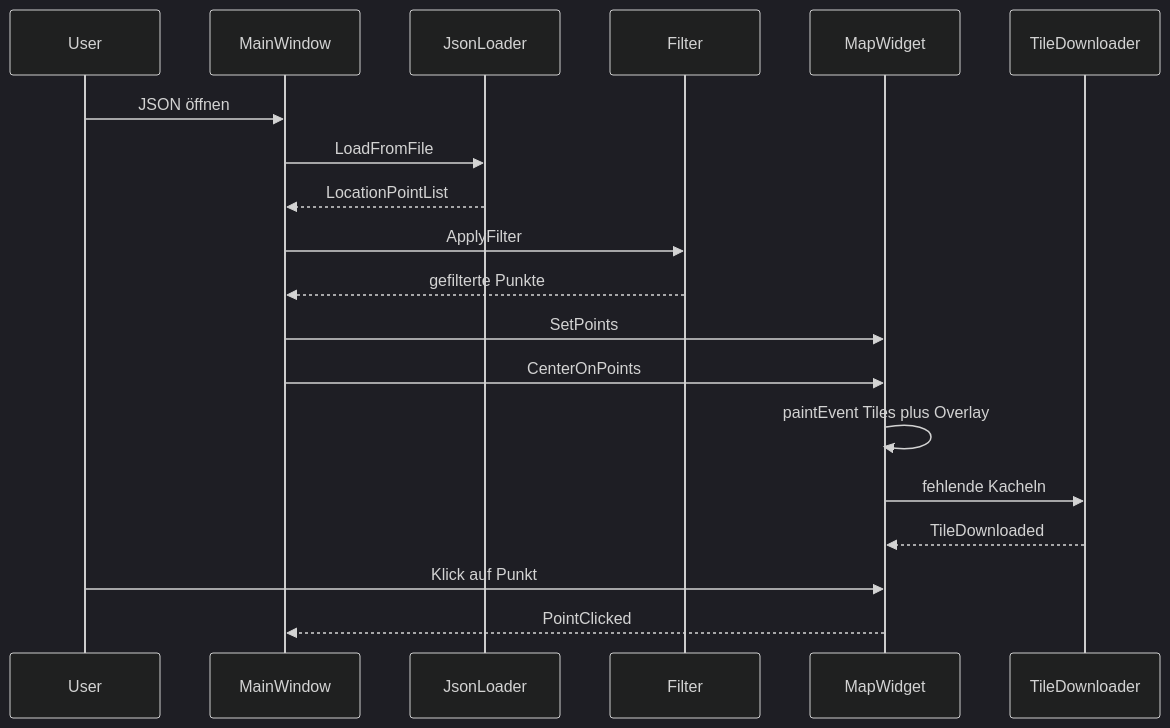
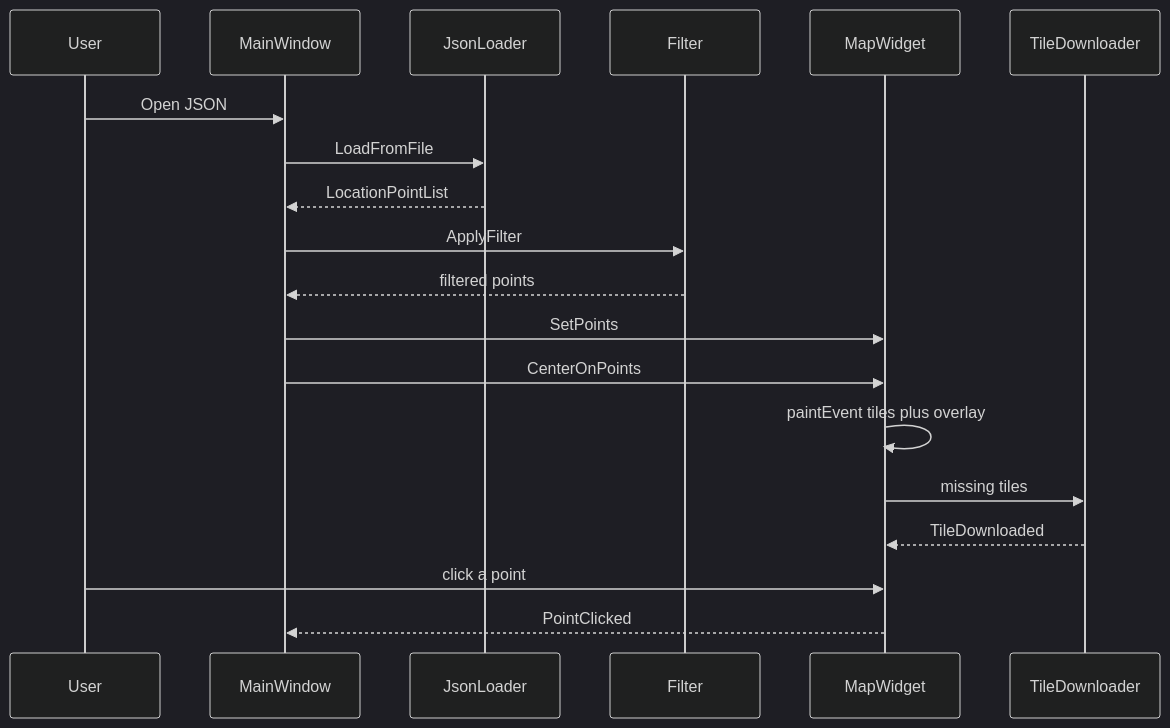
Before and after one commit to ViezTrinker/location-history-visualizer: the second of 2 diagrams in doc/architecture.md, drawn with Mermaid (dark theme). The commit also changed other lines of this file and 5 other files, not shown here.

````diff
--- a/doc/architecture.md
+++ b/doc/architecture.md
@@ -74,22 +74,22 @@
 ```mermaid
 sequenceDiagram
   participant User
   participant MainWindow
   participant JsonLoader
   participant Filter
   participant MapWidget
   participant TileDownloader
 
-  User->>MainWindow: JSON öffnen
+  User->>MainWindow: Open JSON
   MainWindow->>JsonLoader: LoadFromFile
   JsonLoader-->>MainWindow: LocationPointList
   MainWindow->>Filter: ApplyFilter
-  Filter-->>MainWindow: gefilterte Punkte
+  Filter-->>MainWindow: filtered points
   MainWindow->>MapWidget: SetPoints
   MainWindow->>MapWidget: CenterOnPoints
-  MapWidget->>MapWidget: paintEvent Tiles plus Overlay
-  MapWidget->>TileDownloader: fehlende Kacheln
+  MapWidget->>MapWidget: paintEvent tiles plus overlay
+  MapWidget->>TileDownloader: missing tiles
   TileDownloader-->>MapWidget: TileDownloaded
-  User->>MapWidget: Klick auf Punkt
+  User->>MapWidget: click a point
   MapWidget-->>MainWindow: PointClicked
 ```
````
